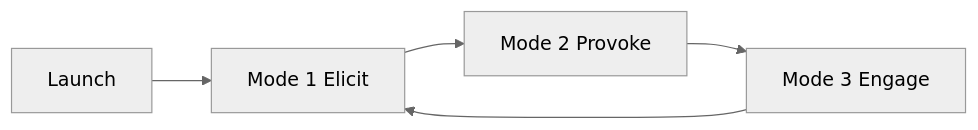
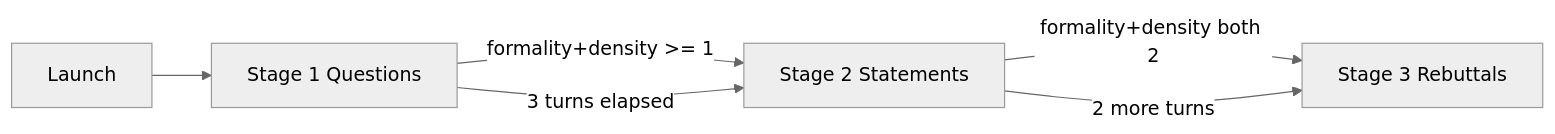
The diagram in tools/wg21/entropotros.md (cppalliance/tools-public), drawn with Mermaid (neutral theme) before and after one commit. The commit also changed other lines of this file, not shown here.

````diff
--- a/tools/wg21/entropotros.md
+++ b/tools/wg21/entropotros.md
@@ -20,7 +17,8 @@
 ```mermaid
 flowchart LR
-    L[Launch] --> M1[Mode 1 Elicit]
-    M1 --> M2[Mode 2 Provoke]
-    M2 --> M3[Mode 3 Engage]
-    M3 --> M1
+    L[Launch] --> S1[Stage 1 Questions]
+    S1 -->|"formality+density >= 1"| S2[Stage 2 Statements]
+    S1 -->|"3 turns elapsed"| S2
+    S2 -->|"formality+density both 2"| S3[Stage 3 Rebuttals]
+    S2 -->|"2 more turns"| S3
 ```
````
